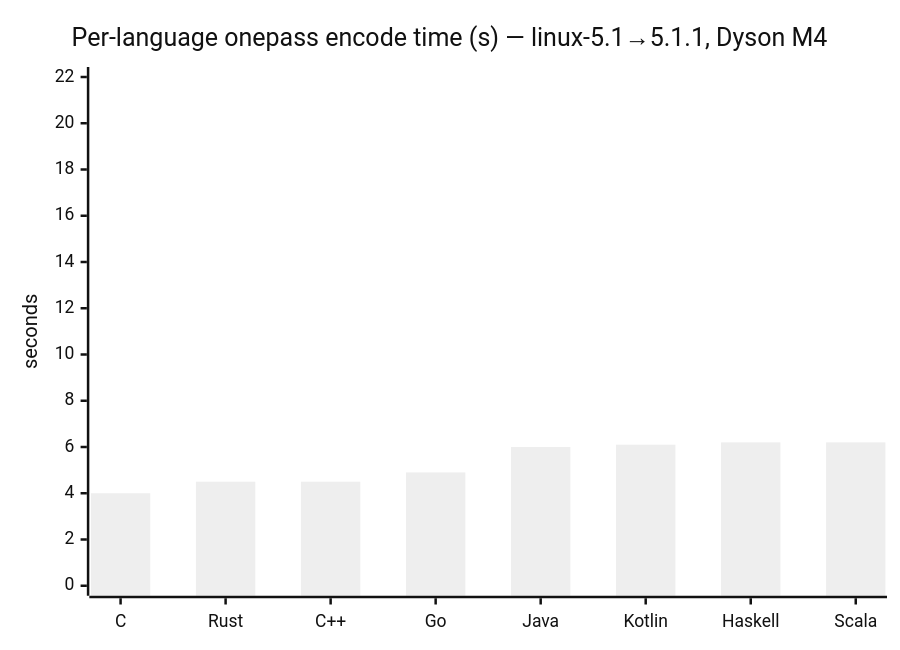
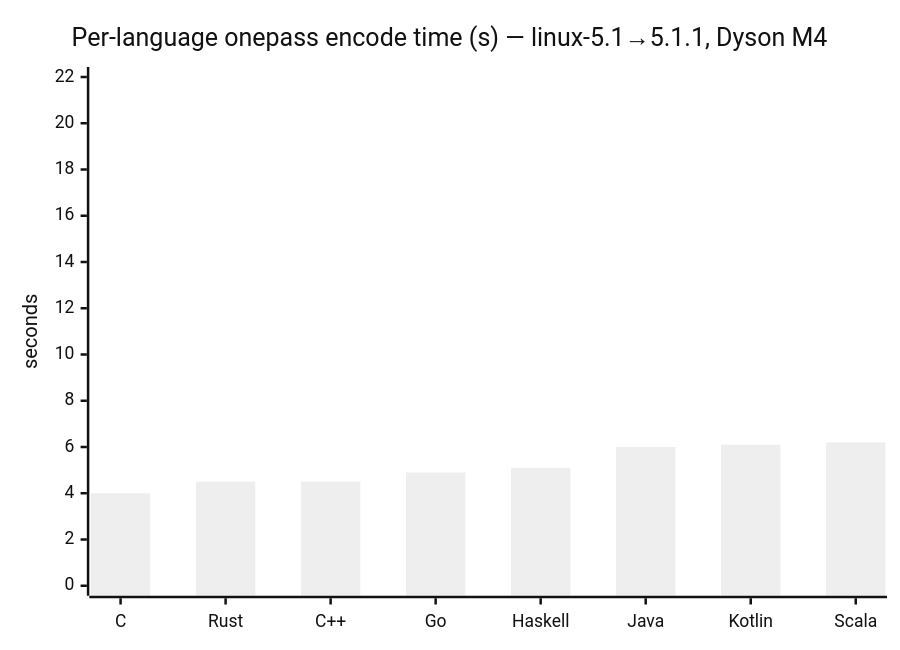
The first of 12 diagrams in ANALYSIS.md (darrelllong/Delta-Compression), drawn with Mermaid (neutral theme) before and after one commit. The commit also changed other lines of this file, not shown here.

First line of the commit message:
analysis: update Haskell onepass results after malloc reduction

````diff
--- a/ANALYSIS.md
+++ b/ANALYSIS.md
@@ -297,7 +297,7 @@
 ```mermaid
 xychart-beta
     title "Per-language onepass encode time (s) — linux-5.1→5.1.1, Dyson M4"
-    x-axis ["C", "Rust", "C++", "Go", "Java", "Kotlin", "Haskell", "Scala"]
+    x-axis ["C", "Rust", "C++", "Go", "Haskell", "Java", "Kotlin", "Scala"]
     y-axis "seconds" 0 --> 22
-    bar [4.0, 4.5, 4.5, 4.9, 6.0, 6.1, 6.2, 6.2]
+    bar [4.0, 4.5, 4.5, 4.9, 5.1, 6.0, 6.1, 6.2]
 ```
````
